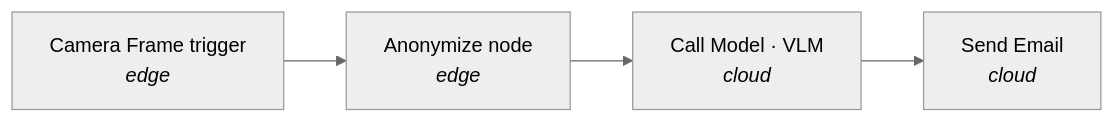
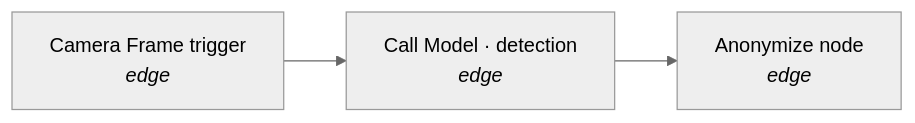
Before and after one commit to cyberwave-os/docs-mintlify: the first of 3 diagrams in feature-reference/workflows.mdx, drawn with Mermaid (neutral theme). The commit also changed other lines of this file and 1 other file, not shown here.

Commit message:
Align workflow examples with detection and driver guides

````diff
--- a/feature-reference/workflows.mdx
+++ b/feature-reference/workflows.mdx
@@ -143,6 +143,5 @@
 ```mermaid
 flowchart LR
-    A[Camera Frame trigger<br/><i>edge</i>] --> B[Anonymize node<br/><i>edge</i>]
-    B --> C[Call Model · VLM<br/><i>cloud</i>]
-    C --> D[Send Email<br/><i>cloud</i>]
+    A[Camera Frame trigger<br/><i>edge</i>] --> B[Call Model · detection<br/><i>edge</i>]
+    B --> C[Anonymize node<br/><i>edge</i>]
 ```
````
